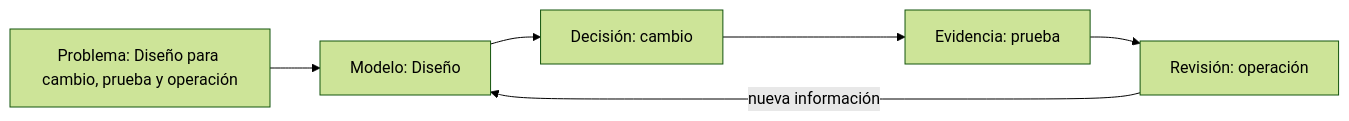
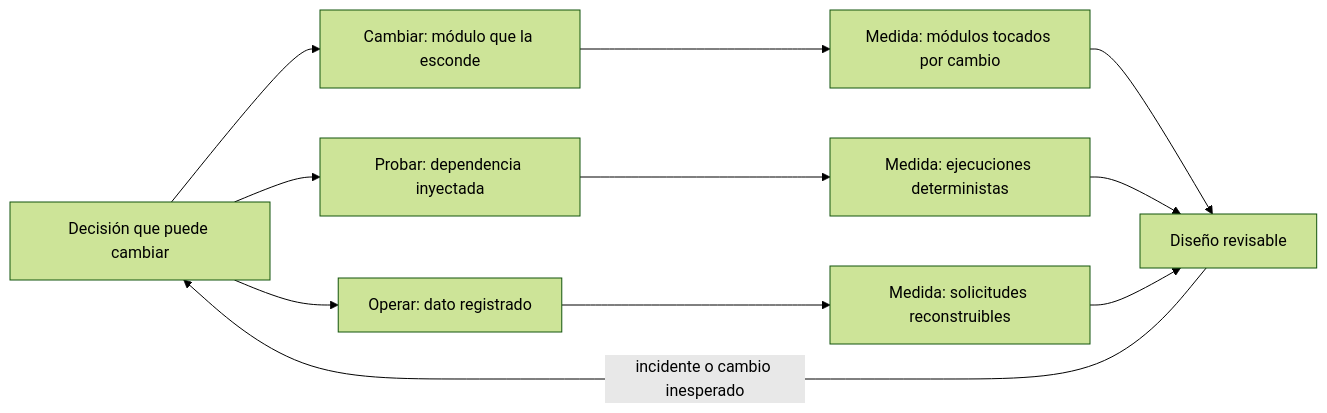
The diagram in classes/part-24-diseno-patrones-y-refactorizacion/se-296-diseno-para-cambio-prueba-y-operacion/README.md (vladimiracunadev-create/modern-software-engineering-program), drawn with Mermaid (forest theme) before and after one commit. The commit also changed other lines of this file and 117 other files, not shown here.

````diff
--- a/classes/part-24-diseno-patrones-y-refactorizacion/se-296-diseno-para-cambio-prueba-y-operacion/README.md
+++ b/classes/part-24-diseno-patrones-y-refactorizacion/se-296-diseno-para-cambio-prueba-y-operacion/README.md
@@ -40,8 +53,13 @@
 ```mermaid
 flowchart LR
-    P["Problema: Diseño para cambio, prueba y operación"] --> M["Modelo: Diseño"]
-    M --> D["Decisión: cambio"]
-    D --> E["Evidencia: prueba"]
-    E --> R["Revisión: operación"]
-    R -->|nueva información| M
+    A[Decisión que puede cambiar] --> B[Cambiar: módulo que la esconde]
+    A --> C[Probar: dependencia inyectada]
+    A --> D[Operar: dato registrado]
+    B --> E[Medida: módulos tocados por cambio]
+    C --> F[Medida: ejecuciones deterministas]
+    D --> G[Medida: solicitudes reconstruibles]
+    E --> H[Diseño revisable]
+    F --> H
+    G --> H
+    H -->|incidente o cambio inesperado| A
 ```
````
